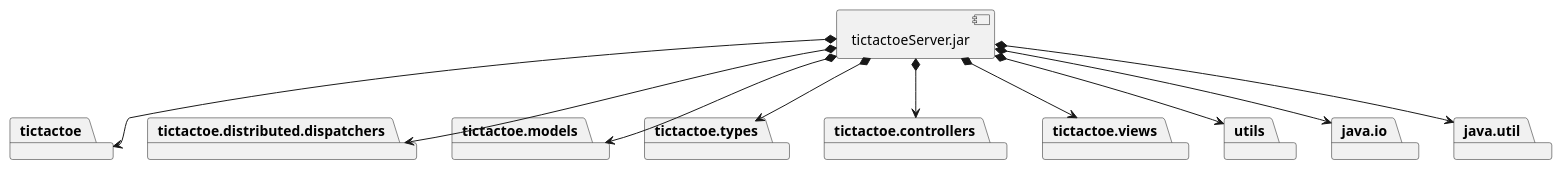
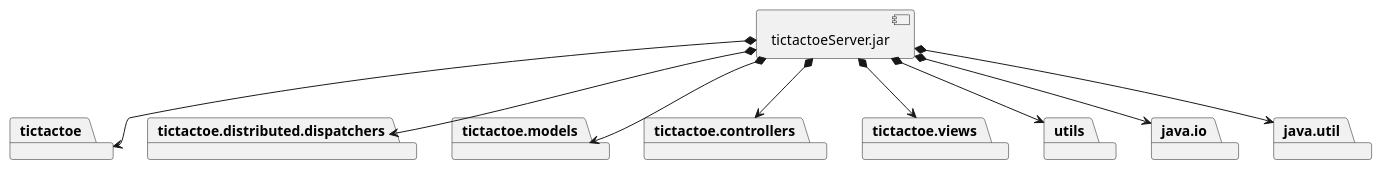
One commit to x-USantaTecla-game-ticTacToe/java changed the fifth of 6 diagrams in docs/src/docs/asciidoc/index.adoc. Above: the diagram before and after it, drawn with PlantUML. The commit also changed other lines of this file and 28 other files, not shown here.

```diff
--- a/docs/src/docs/asciidoc/index.adoc
+++ b/docs/src/docs/asciidoc/index.adoc
@@ -716,34 +1088,31 @@
 [plantuml,diagramaImplementacionServer,svg]
 ....
 
 package "  "  as tictactoe {
 }
 package "  "  as tictactoe.distributed.dispatchers {
 }
 package "  "  as tictactoe.models {
-}
-package "  "  as tictactoe.types {
 }
 package "  "  as tictactoe.controllers {
 }
 package "  "  as tictactoe.views {
 }
 package "  "  as utils {
 }
 package "  "  as java.io {
 }
 package "  "  as java.util {
 }
 
 [tictactoeServer.jar] as jarServer
 
 jarServer *--> tictactoe
 jarServer *--> tictactoe.distributed.dispatchers
 jarServer *--> tictactoe.models
-jarServer *--> tictactoe.types
 jarServer *--> tictactoe.controllers
 jarServer *--> tictactoe.views
 jarServer *--> utils
 jarServer *--> java.io
 jarServer *--> java.util
 ....
```
